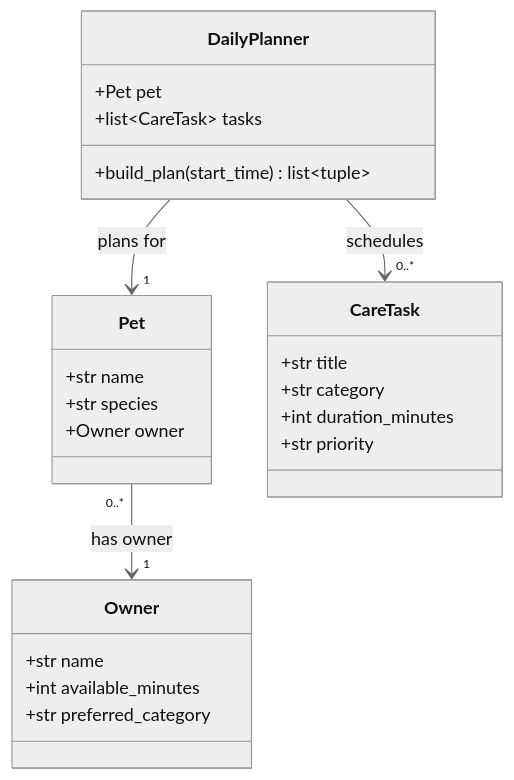
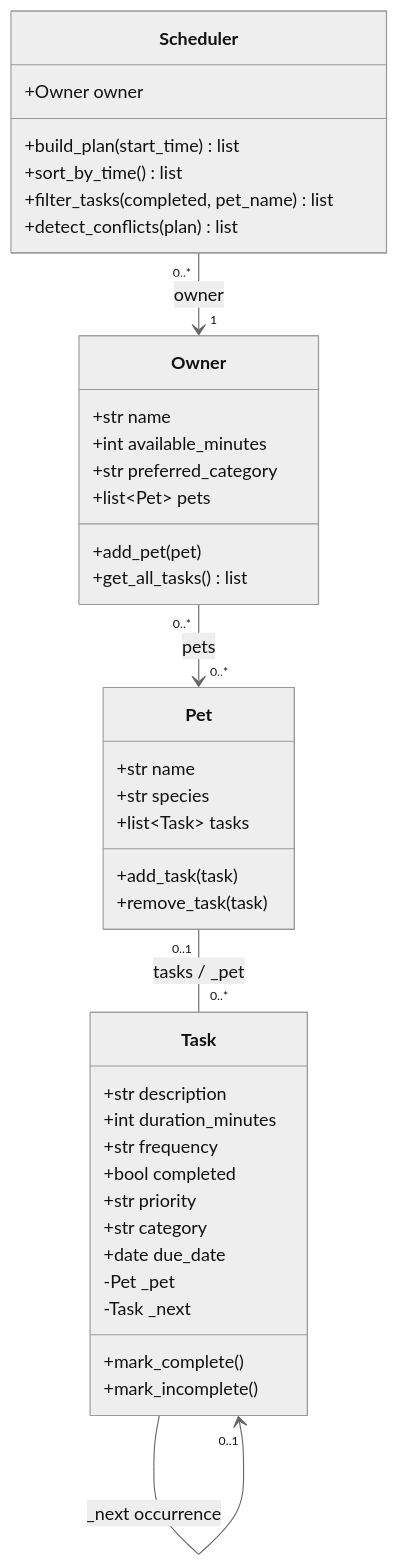
One commit to xbop/ai110-module2show-pawpal-starter changed the diagram in README.md. Above: the diagram before and after it, drawn with Mermaid (neutral theme). The commit also changed other lines of this file and 4 other files, not shown here.

````diff
--- a/README.md
+++ b/README.md
@@ -28,27 +37,42 @@
 ```mermaid
 classDiagram
     class Owner {
         +str name
         +int available_minutes
         +str preferred_category
+        +list~Pet~ pets
+        +add_pet(pet)
+        +get_all_tasks() list
     }
     class Pet {
         +str name
         +str species
+        +list~Task~ tasks
+        +add_task(task)
+        +remove_task(task)
+    }
+    class Task {
+        +str description
+        +int duration_minutes
+        +str frequency
+        +bool completed
+        +str priority
+        +str category
+        +date due_date
+        -Pet _pet
+        -Task _next
+        +mark_complete()
+        +mark_incomplete()
+    }
+    class Scheduler {
         +Owner owner
+        +build_plan(start_time) list
+        +sort_by_time() list
+        +filter_tasks(completed, pet_name) list
+        +detect_conflicts(plan) list
     }
-    class CareTask {
-        +str title
-        +str category
-        +int duration_minutes
-        +str priority
-    }
-    class DailyPlanner {
-        +Pet pet
-        +list~CareTask~ tasks
-        +build_plan(start_time) list~tuple~
-    }
-    Pet "0..*" --> "1" Owner : has owner
-    DailyPlanner --> "1" Pet : plans for
-    DailyPlanner --> "0..*" CareTask : schedules
+    Owner "0..*" --> "0..*" Pet : pets
+    Pet "0..1" -- "0..*" Task : tasks / _pet
+    Scheduler "0..*" --> "1" Owner : owner
+    Task --> "0..1" Task : _next occurrence
 ```
````
